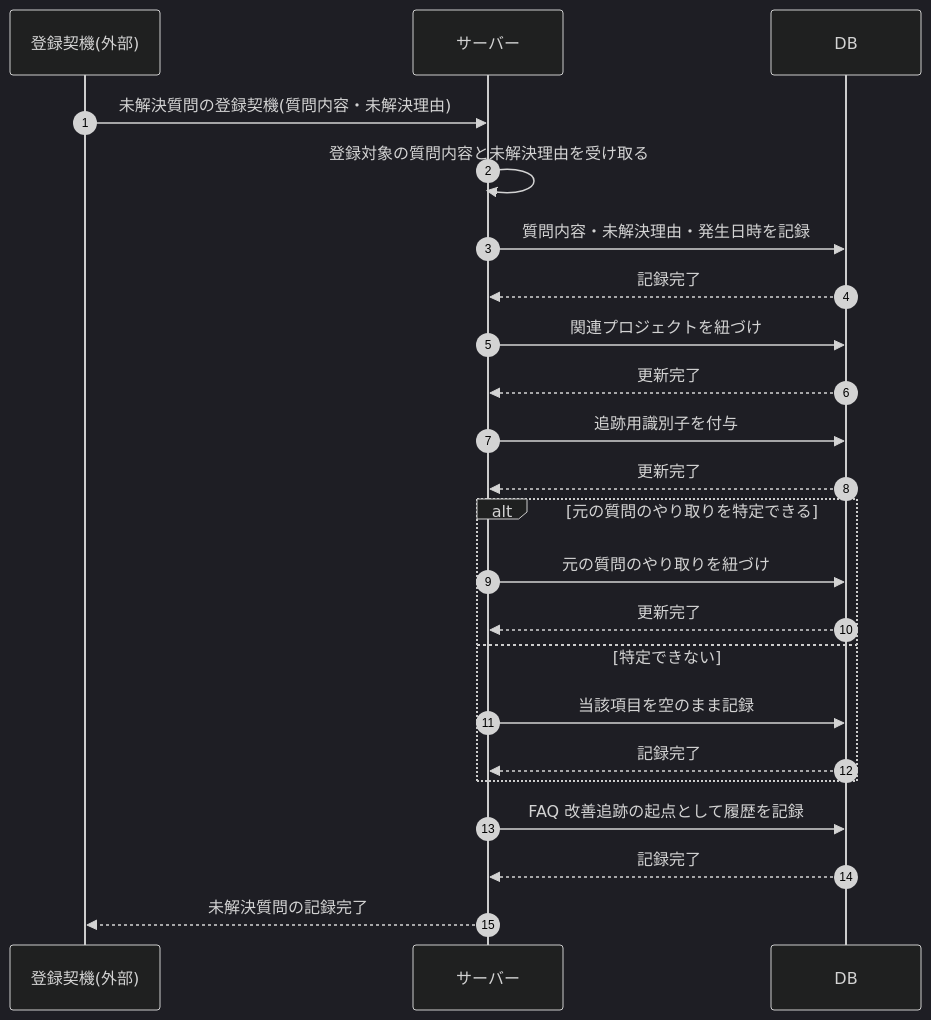
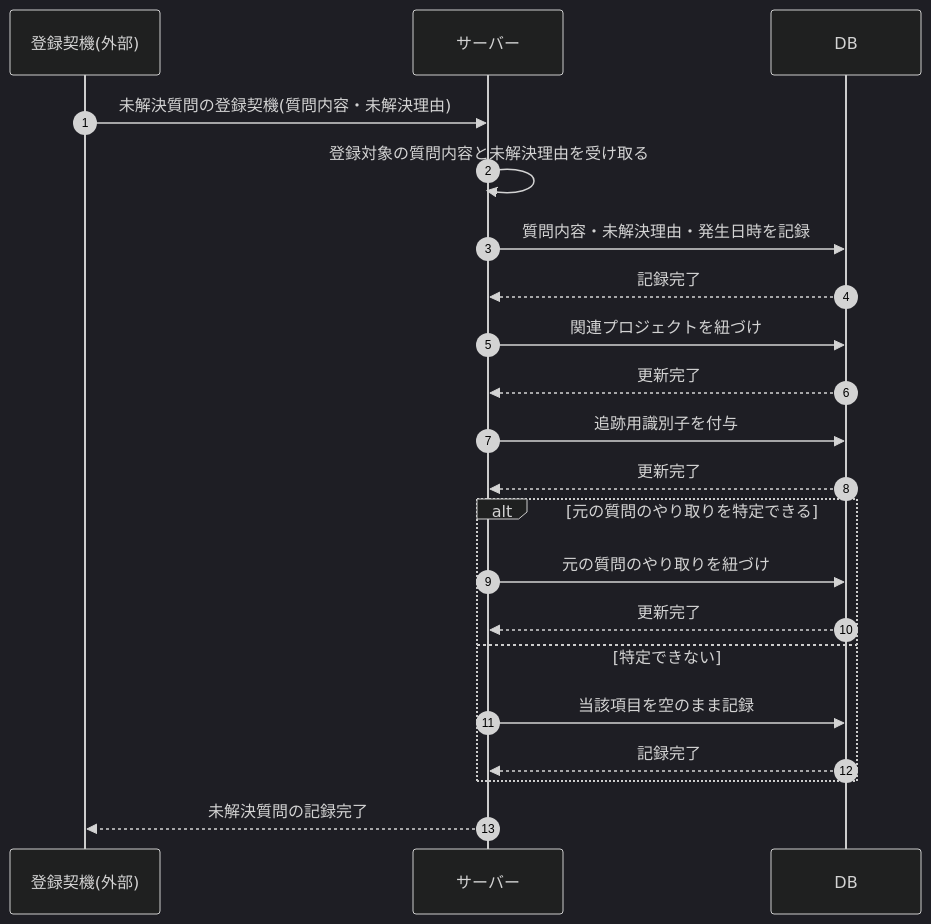
Before and after one commit to sikakou54/open-faq: the diagram in 02_basic_design/03_sequences/SEQ-107.md, drawn with Mermaid (dark theme). The commit also changed other lines of this file and 29 other files, not shown here.

````diff
--- a/02_basic_design/03_sequences/SEQ-107.md
+++ b/02_basic_design/03_sequences/SEQ-107.md
@@ -15,25 +15,23 @@
 ```mermaid
 sequenceDiagram
   autonumber
   participant T as 登録契機(外部)
   participant Server as サーバー
   participant DB as DB
   T->>Server: 未解決質問の登録契機(質問内容・未解決理由)
   Server->>Server: 登録対象の質問内容と未解決理由を受け取る
   Server->>DB: 質問内容・未解決理由・発生日時を記録
   DB-->>Server: 記録完了
   Server->>DB: 関連プロジェクトを紐づけ
   DB-->>Server: 更新完了
   Server->>DB: 追跡用識別子を付与
   DB-->>Server: 更新完了
   alt 元の質問のやり取りを特定できる
     Server->>DB: 元の質問のやり取りを紐づけ
     DB-->>Server: 更新完了
   else 特定できない
     Server->>DB: 当該項目を空のまま記録
     DB-->>Server: 記録完了
   end
-  Server->>DB: FAQ 改善追跡の起点として履歴を記録
-  DB-->>Server: 記録完了
   Server-->>T: 未解決質問の記録完了
 ```
````
